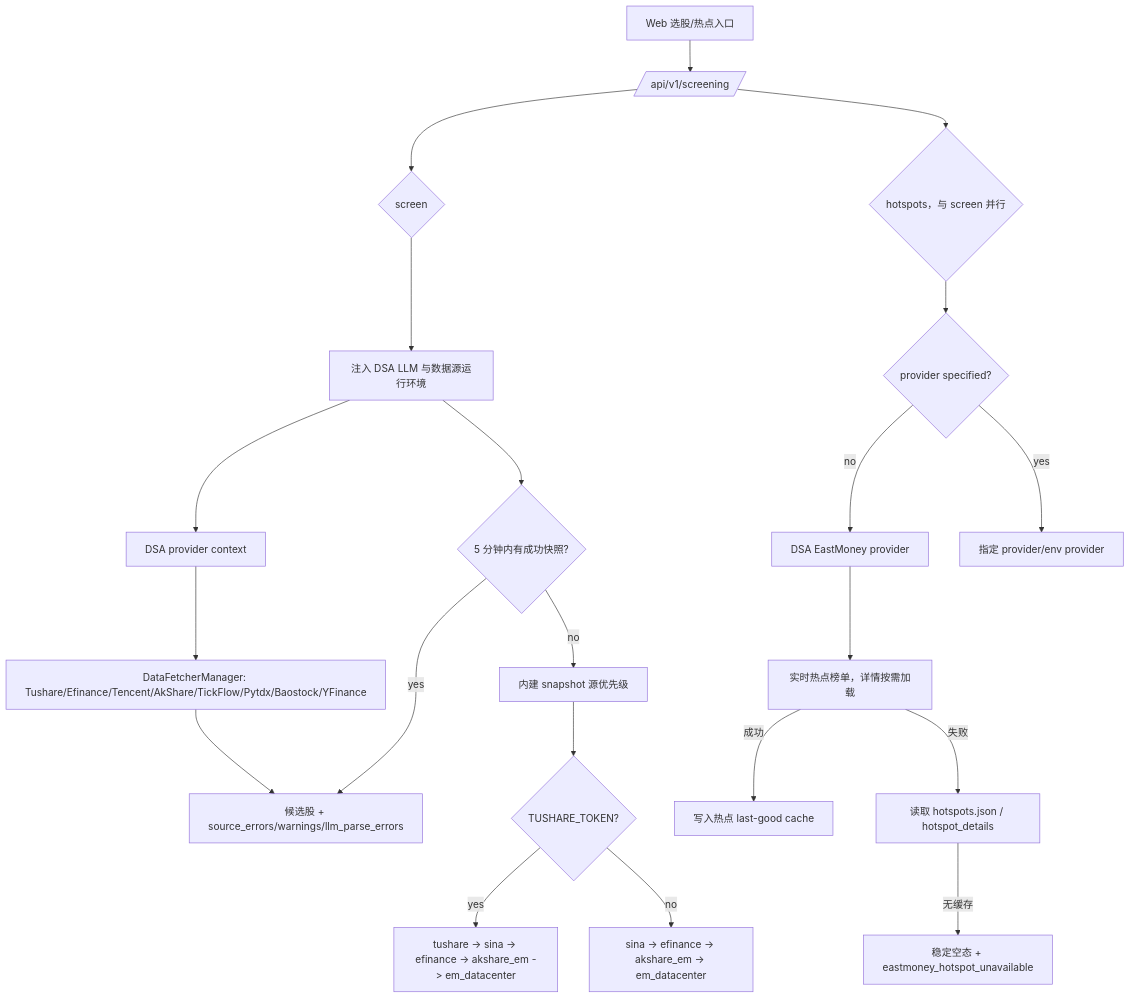
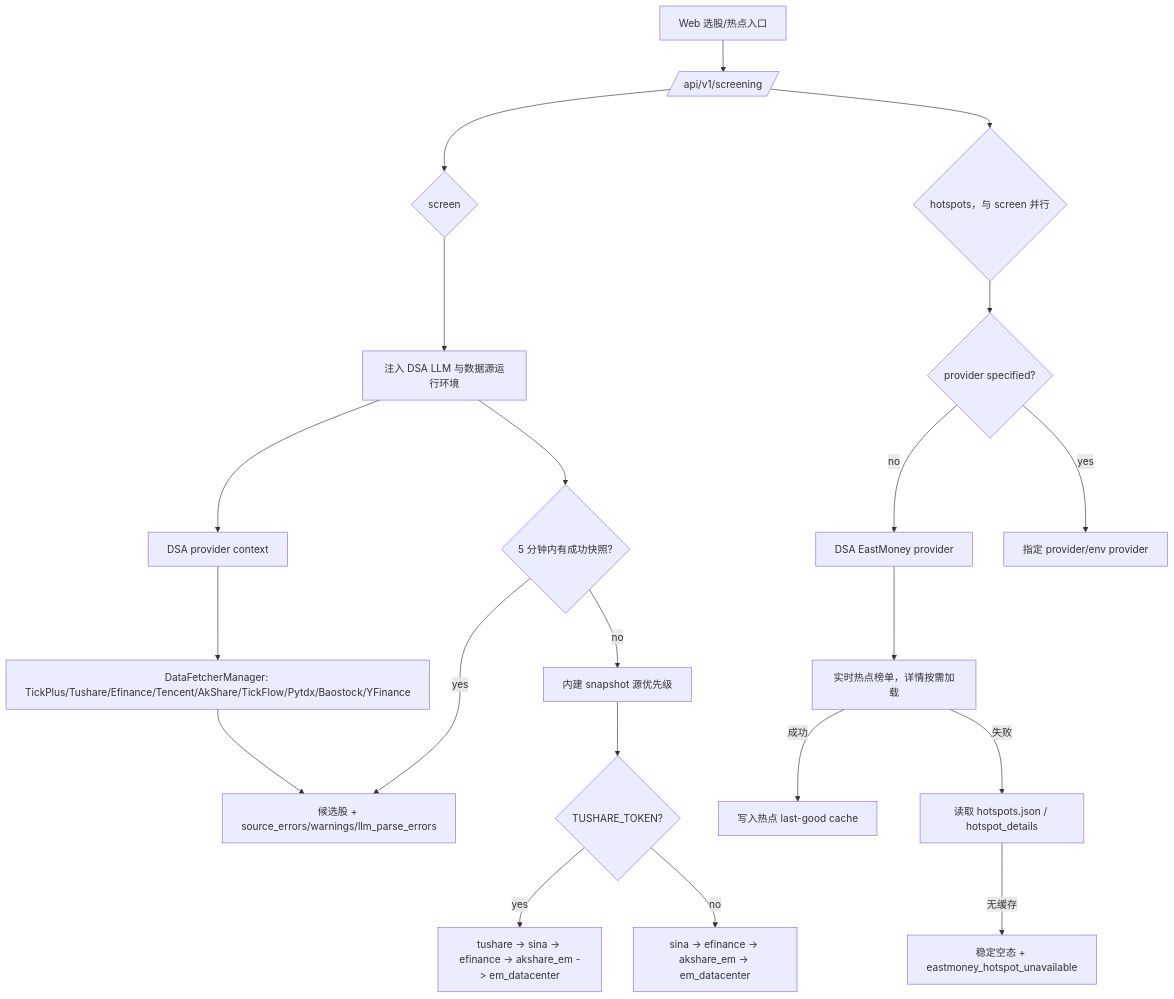
The third of 3 diagrams in docs/data-source-stability.md (ZhuLinsen/daily_stock_analysis), drawn with Mermaid before and after one commit. The commit also changed other lines of this file and 26 other files, not shown here.

First line of the commit message:
feat: integrate TickPlus A-share and ETF market data (#2504)

````diff
--- a/docs/data-source-stability.md
+++ b/docs/data-source-stability.md
@@ -123,25 +123,25 @@
 ```mermaid
 flowchart TD
     UI[Web 选股/热点入口] --> API[/api/v1/screening/]
 
     API --> SCREEN{screen}
     SCREEN --> ENV[注入 DSA LLM 与数据源运行环境]
     ENV --> CACHE{5 分钟内有成功快照?}
     CACHE -->|yes| RESULT
     CACHE -->|no| SNAP[内建 snapshot 源优先级]
     SNAP --> TS{TUSHARE_TOKEN?}
     TS -->|yes| SP1[tushare -> sina -> efinance -> akshare_em -> em_datacenter]
     TS -->|no| SP2[sina -> efinance -> akshare_em -> em_datacenter]
     ENV --> DAILY[DSA provider context]
-    DAILY --> DFM[DataFetcherManager: Tushare/Efinance/Tencent/AkShare/TickFlow/Pytdx/Baostock/YFinance]
+    DAILY --> DFM[DataFetcherManager: TickPlus/Tushare/Efinance/Tencent/AkShare/TickFlow/Pytdx/Baostock/YFinance]
     DFM --> RESULT[候选股 + source_errors/warnings/llm_parse_errors]
 
     API --> HOT{hotspots，与 screen 并行}
     HOT --> HP{provider specified?}
     HP -->|no| EM[DSA EastMoney provider]
     HP -->|yes| CUSTOM[指定 provider/env provider]
     EM --> LIVE[实时热点榜单，详情按需加载]
     LIVE -->|成功| HCACHE[写入热点 last-good cache]
     LIVE -->|失败| OLD[读取 hotspots.json / hotspot_details]
     OLD -->|无缓存| EMPTY[稳定空态 + eastmoney_hotspot_unavailable]
 ```
````
